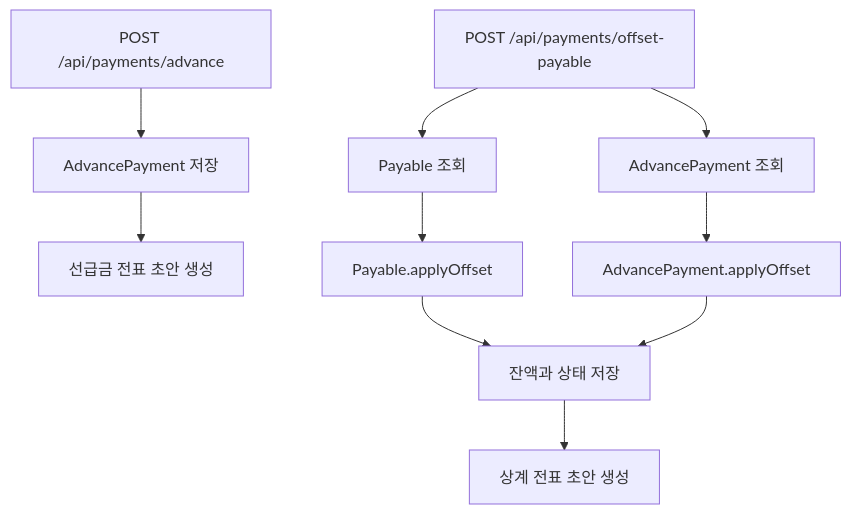
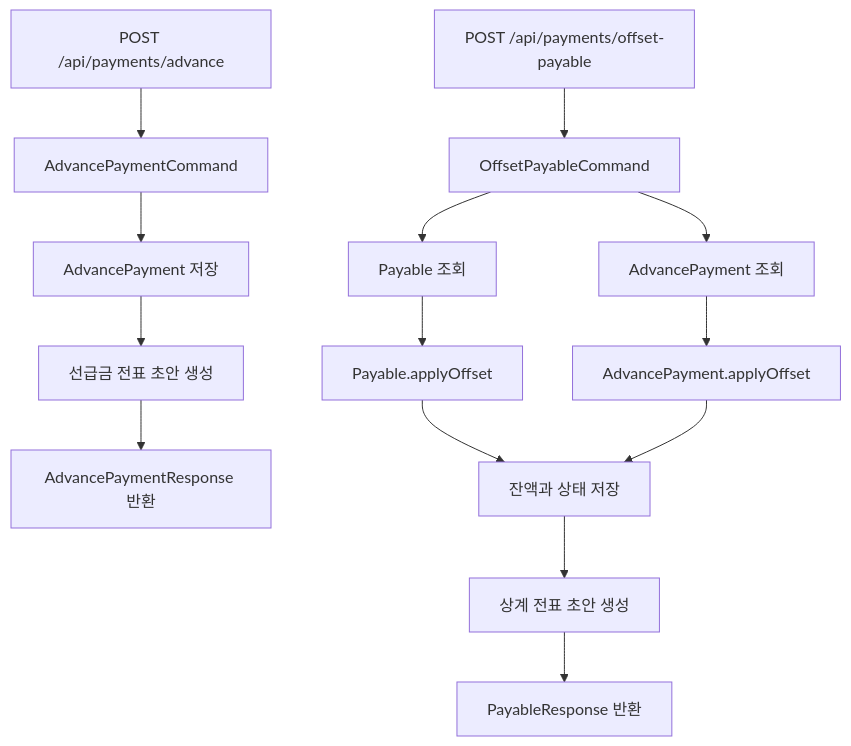
Before and after one commit to skyg547/account: the third of 3 diagrams in payable/docs/process-flow.md, drawn with Mermaid. The commit also changed other lines of this file and 78 other files, not shown here.

Commit message:
Refactor payable and receivable API command boundaries

````diff
--- a/payable/docs/process-flow.md
+++ b/payable/docs/process-flow.md
@@ -63,13 +74,17 @@
 ```mermaid
 flowchart TD
-    A[POST /api/payments/advance] --> B[AdvancePayment 저장]
-    B --> C[선급금 전표 초안 생성]
+    A[POST /api/payments/advance] --> B[AdvancePaymentCommand]
+    B --> C[AdvancePayment 저장]
+    C --> D[선급금 전표 초안 생성]
+    D --> E[AdvancePaymentResponse 반환]
 
-    D[POST /api/payments/offset-payable] --> E[Payable 조회]
-    D --> F[AdvancePayment 조회]
-    E --> G[Payable.applyOffset]
-    F --> H[AdvancePayment.applyOffset]
-    G --> I[잔액과 상태 저장]
-    H --> I
-    I --> J[상계 전표 초안 생성]
+    F[POST /api/payments/offset-payable] --> G[OffsetPayableCommand]
+    G --> H[Payable 조회]
+    G --> I[AdvancePayment 조회]
+    H --> J[Payable.applyOffset]
+    I --> K[AdvancePayment.applyOffset]
+    J --> L[잔액과 상태 저장]
+    K --> L
+    L --> M[상계 전표 초안 생성]
+    M --> N[PayableResponse 반환]
 ```
````
